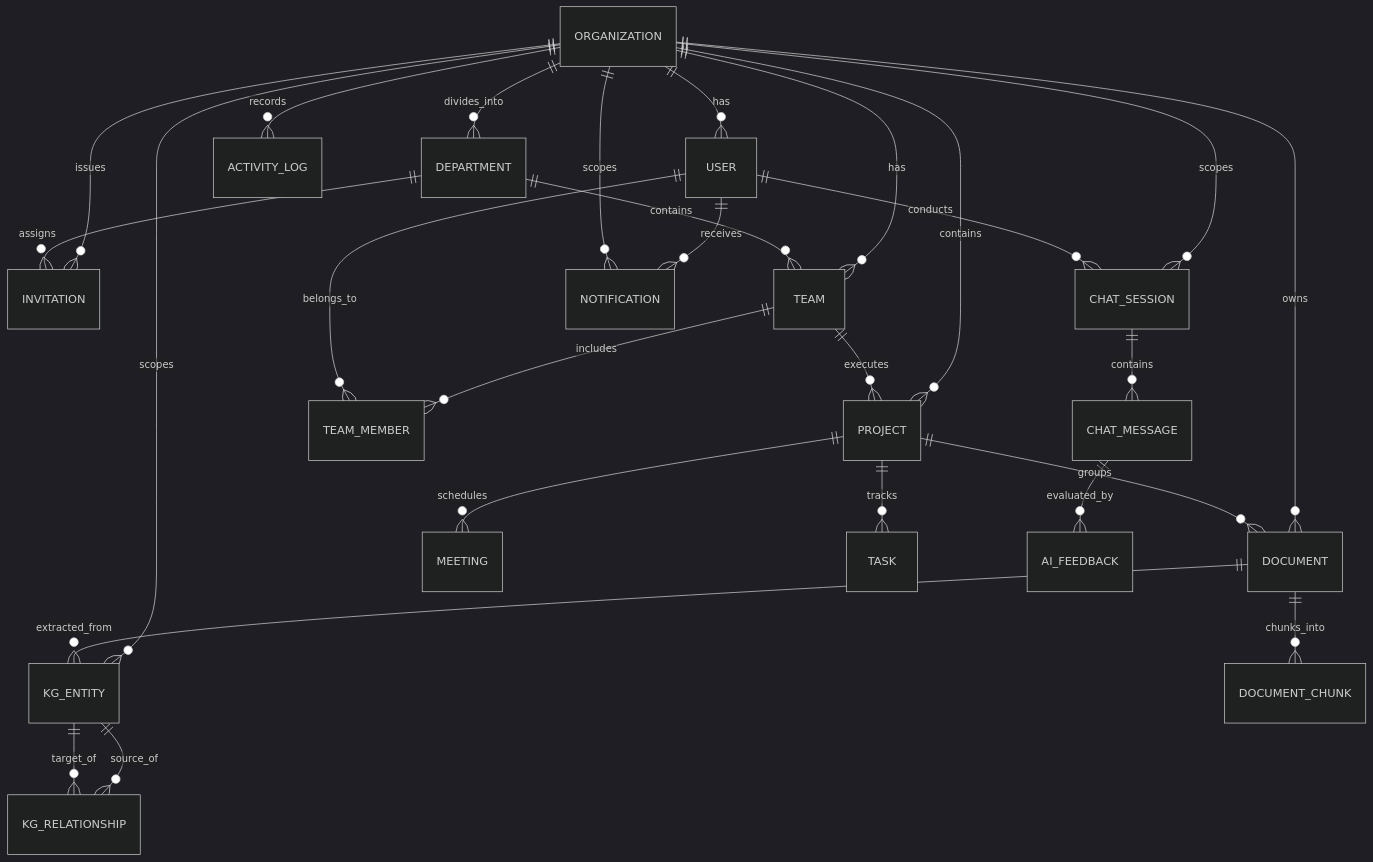
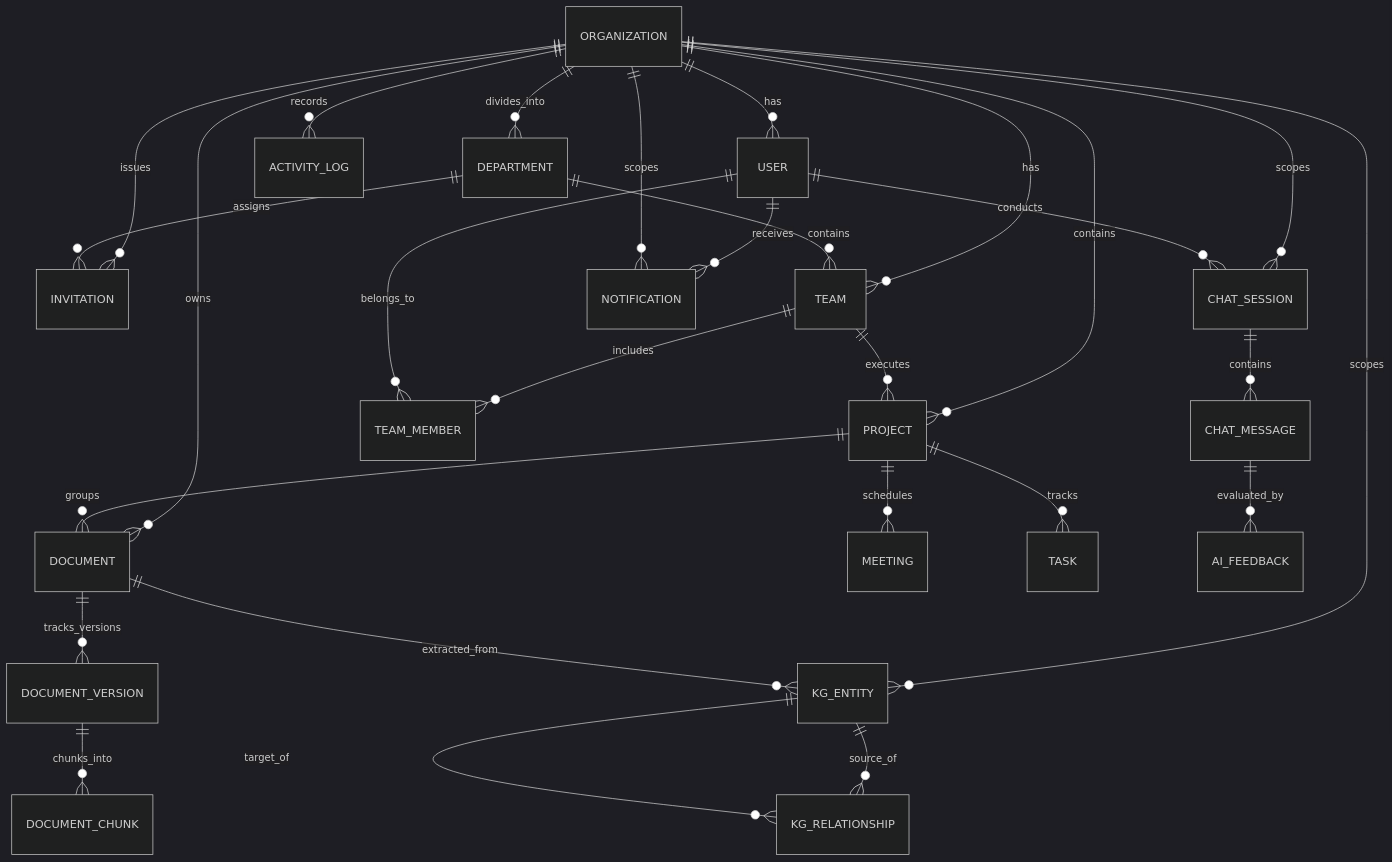
Before and after one commit to kyoku404-stack/kyoku: the diagram in docs/Database/database-schema.md, drawn with Mermaid (dark theme). The commit also changed other lines of this file and 9 other files, not shown here.

Commit message:
feat(phase-1.8): Member 1 - Document Management, Storage Hierarchy, Version Lineage & AI Ingestion Architecture

````diff
--- a/docs/Database/database-schema.md
+++ b/docs/Database/database-schema.md
@@ -386,35 +418,36 @@
 ```mermaid
 erDiagram
     ORGANIZATION ||--o{ DEPARTMENT : "divides_into"
     ORGANIZATION ||--o{ INVITATION : "issues"
     ORGANIZATION ||--o{ USER : "has"
     ORGANIZATION ||--o{ TEAM : "has"
     ORGANIZATION ||--o{ PROJECT : "contains"
     ORGANIZATION ||--o{ DOCUMENT : "owns"
     ORGANIZATION ||--o{ KG_ENTITY : "scopes"
     ORGANIZATION ||--o{ CHAT_SESSION : "scopes"
     ORGANIZATION ||--o{ ACTIVITY_LOG : "records"
 
     DEPARTMENT ||--o{ TEAM : "contains"
     DEPARTMENT ||--o{ INVITATION : "assigns"
 
     TEAM ||--o{ TEAM_MEMBER : "includes"
     TEAM ||--o{ PROJECT : "executes"
     USER ||--o{ TEAM_MEMBER : "belongs_to"
 
     PROJECT ||--o{ DOCUMENT : "groups"
     PROJECT ||--o{ MEETING : "schedules"
     PROJECT ||--o{ TASK : "tracks"
 
-    DOCUMENT ||--o{ DOCUMENT_CHUNK : "chunks_into"
+    DOCUMENT ||--o{ DOCUMENT_VERSION : "tracks_versions"
+    DOCUMENT_VERSION ||--o{ DOCUMENT_CHUNK : "chunks_into"
     DOCUMENT ||--o{ KG_ENTITY : "extracted_from"
 
     KG_ENTITY ||--o{ KG_RELATIONSHIP : "source_of"
     KG_ENTITY ||--o{ KG_RELATIONSHIP : "target_of"
 
     USER ||--o{ CHAT_SESSION : "conducts"
     USER ||--o{ NOTIFICATION : "receives"
     ORGANIZATION ||--o{ NOTIFICATION : "scopes"
     CHAT_SESSION ||--o{ CHAT_MESSAGE : "contains"
     CHAT_MESSAGE ||--o{ AI_FEEDBACK : "evaluated_by"
 ```
````
